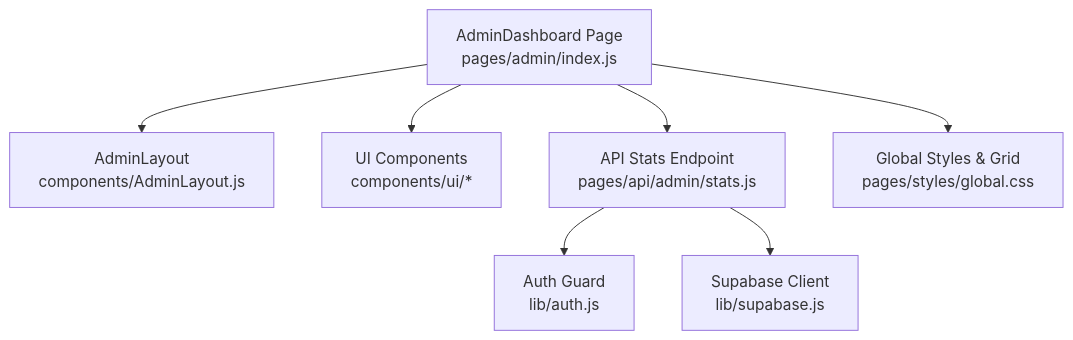
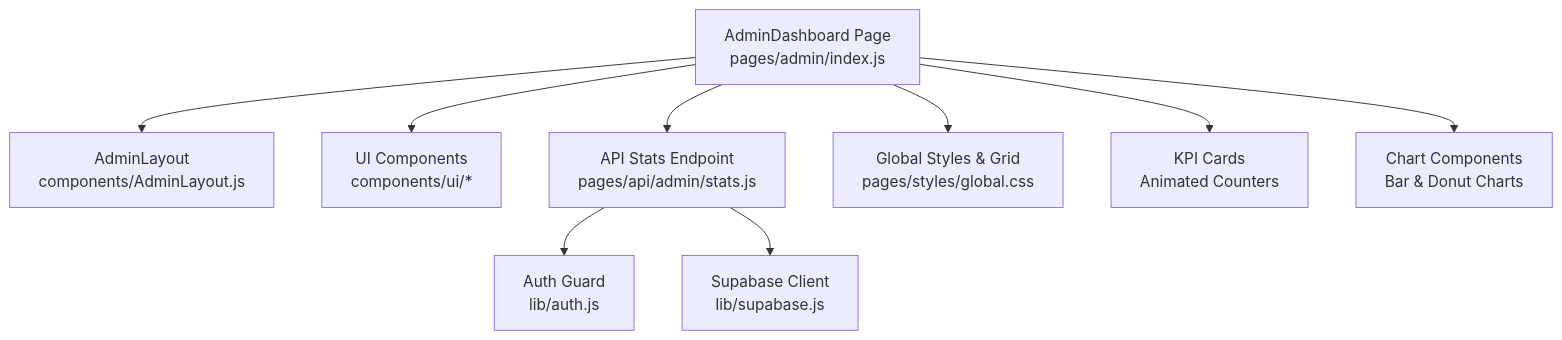
The first of 11 diagrams in .qoder/repowiki/en/content/Admin Dashboard/Dashboard Overview.md (ObeyMuchechesi/TicketFlow), drawn with Mermaid before and after one commit. The commit also changed other lines of this file and 12 other files, not shown here.

First line of the commit message:
docs: EcoCash schema columns and project documentation refresh

````diff
--- a/.qoder/repowiki/en/content/Admin Dashboard/Dashboard Overview.md
+++ b/.qoder/repowiki/en/content/Admin Dashboard/Dashboard Overview.md
@@ -35,9 +47,11 @@
 ```mermaid
 graph TB
 A["AdminDashboard Page<br/>pages/admin/index.js"] --> B["AdminLayout<br/>components/AdminLayout.js"]
 A --> C["UI Components<br/>components/ui/*"]
 A --> D["API Stats Endpoint<br/>pages/api/admin/stats.js"]
 D --> E["Auth Guard<br/>lib/auth.js"]
 D --> F["Supabase Client<br/>lib/supabase.js"]
 A --> G["Global Styles & Grid<br/>pages/styles/global.css"]
+A --> H["KPI Cards<br/>Animated Counters"]
+A --> I["Chart Components<br/>Bar & Donut Charts"]
 ```
````
